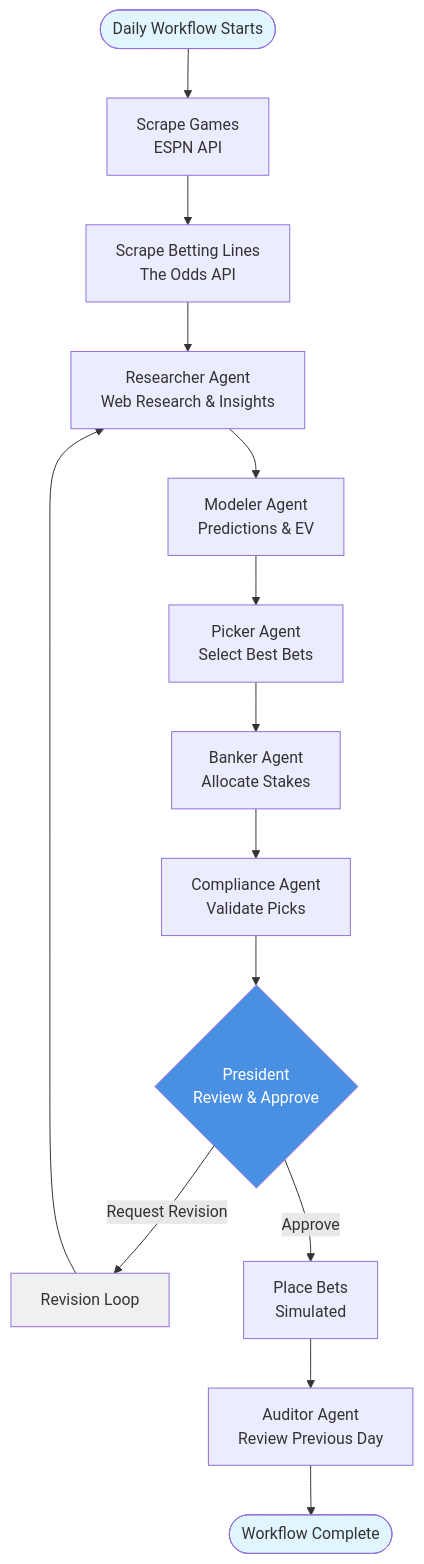
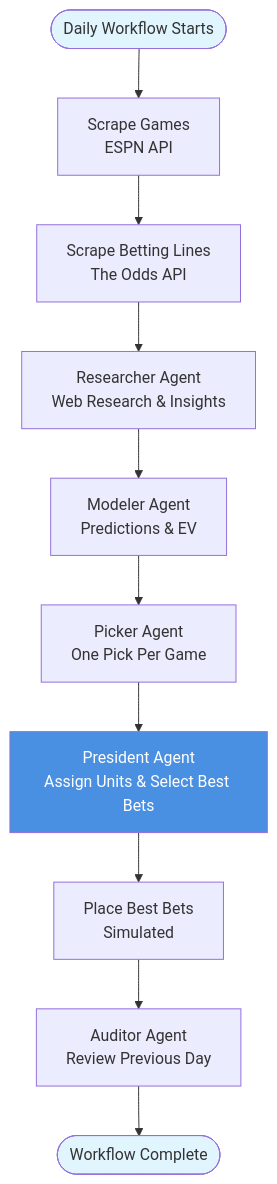
One commit to mtetkosk/terrarium changed the diagram in README.md. Above: the diagram before and after it, drawn with Mermaid. The commit also changed other lines of this file and 29 other files, not shown here.

````diff
--- a/README.md
+++ b/README.md
@@ -19,21 +17,16 @@
 ```mermaid
 graph TD
     Start([Daily Workflow Starts]) --> ScrapeGames[Scrape Games<br/>ESPN API]
     ScrapeGames --> ScrapeLines[Scrape Betting Lines<br/>The Odds API]
     ScrapeLines --> Researcher[Researcher Agent<br/>Web Research & Insights]
     Researcher --> Modeler[Modeler Agent<br/>Predictions & EV]
-    Modeler --> Picker[Picker Agent<br/>Select Best Bets]
-    Picker --> Banker[Banker Agent<br/>Allocate Stakes]
-    Banker --> Compliance[Compliance Agent<br/>Validate Picks]
-    Compliance --> President{President<br/>Review & Approve}
-    President -->|Request Revision| RevisionLoop[Revision Loop]
-    RevisionLoop --> Researcher
-    President -->|Approve| PlaceBets[Place Bets<br/>Simulated]
+    Modeler --> Picker[Picker Agent<br/>One Pick Per Game]
+    Picker --> President[President Agent<br/>Assign Units & Select Best Bets]
+    President --> PlaceBets[Place Best Bets<br/>Simulated]
     PlaceBets --> Auditor[Auditor Agent<br/>Review Previous Day]
     Auditor --> End([Workflow Complete])
     
     style Start fill:#e1f5ff
     style End fill:#e1f5ff
     style President fill:#4a90e2,color:#fff
-    style RevisionLoop fill:#f0f0f0
 ```
````
